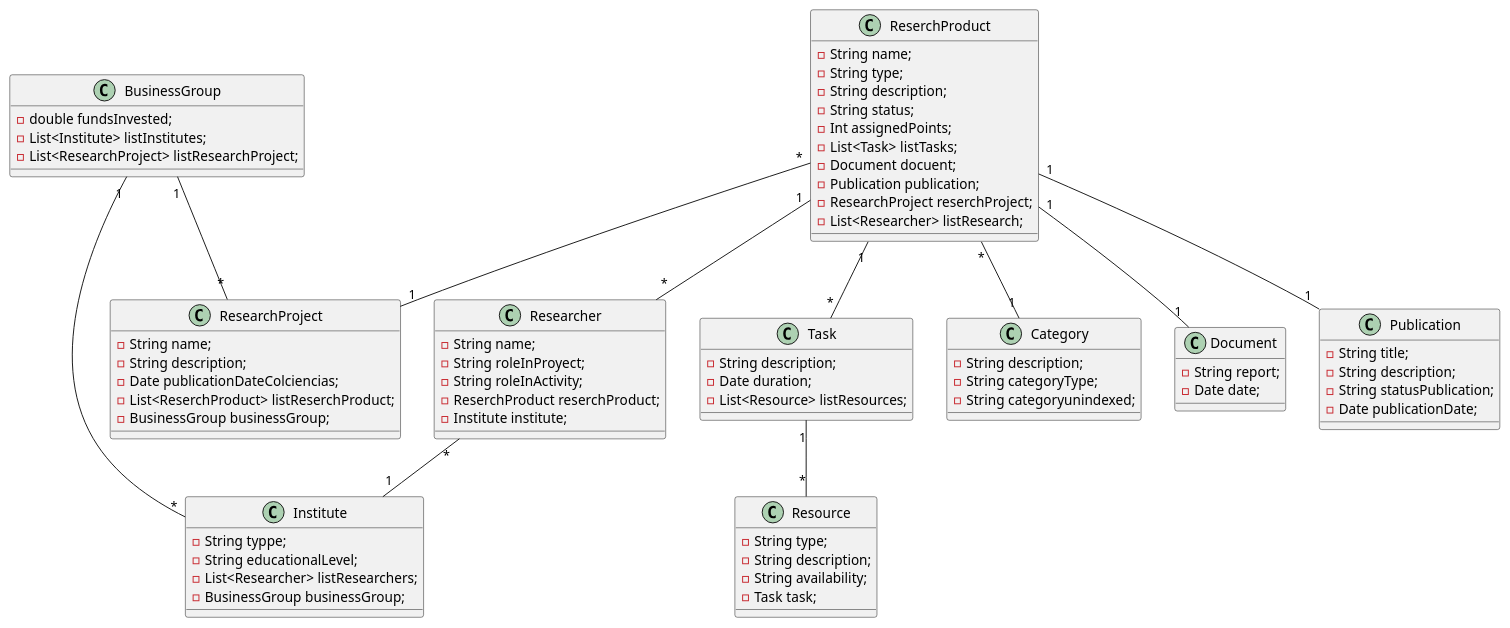
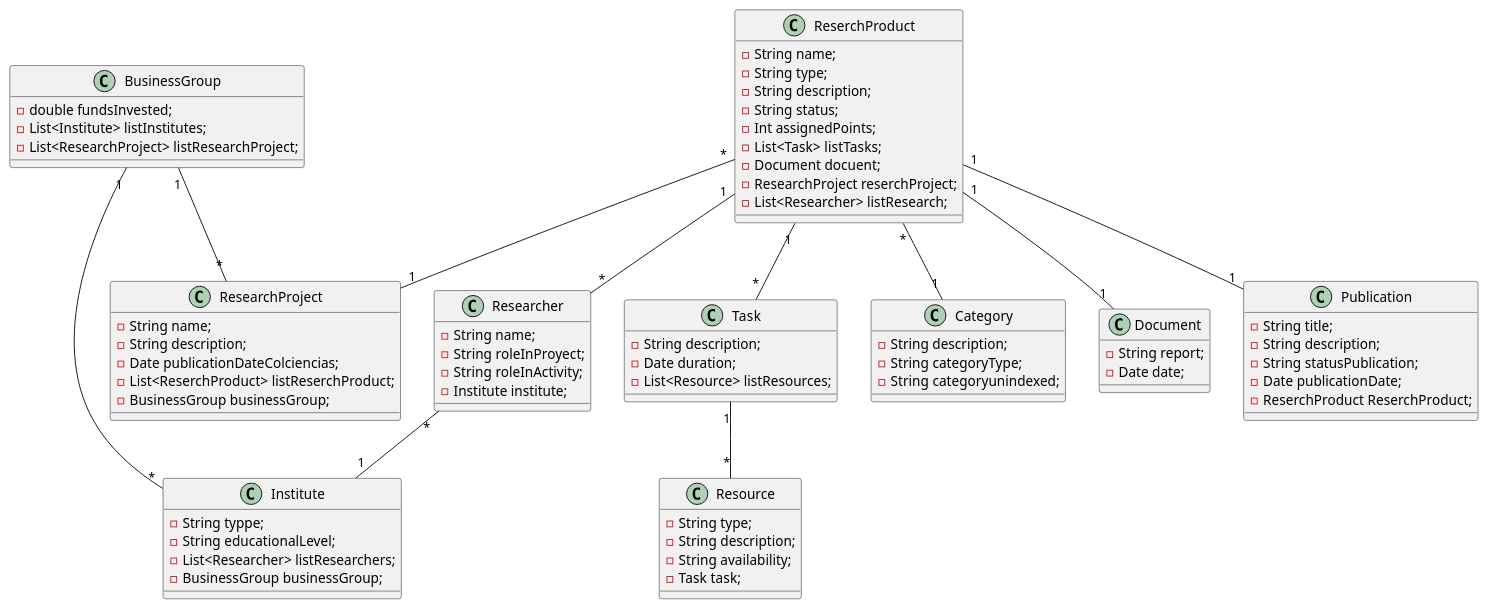
The diagram in diagrama.plantuml (Juan-J-Barraza/educacion_java), drawn with PlantUML before and after one commit. The commit also changed 6 other files, not shown here.

```diff
--- a/diagrama.plantuml
+++ b/diagrama.plantuml
@@ -1,96 +1,95 @@
 @startuml "ejercicio 30"
 
 class Institute{
     - String typpe;
     - String educationalLevel;
     - List<Researcher> listResearchers;
     - BusinessGroup businessGroup;
 }
 
 
 class BusinessGroup {
     - double fundsInvested;
     - List<Institute> listInstitutes;
     - List<ResearchProject> listResearchProject;
 }
 
 class ResearchProject {
     - String name;
     - String description;
     - Date publicationDateColciencias;
     - List<ReserchProduct> listReserchProduct;
     - BusinessGroup businessGroup;
 }
 
 class ReserchProduct {
     - String name;
     - String type;
     - String description;
     - String status;
     - Int assignedPoints;
     - List<Task> listTasks;
     - Document docuent;
-    - Publication publication;
     - ResearchProject reserchProject;
     - List<Researcher> listResearch;
 
 }
 
 class Researcher {
     - String name;
     - String roleInProyect;
     - String roleInActivity;
-    - ReserchProduct reserchProduct;
     - Institute institute;
 
 }
 
 class Task {
     - String description;
     - Date duration;
     - List<Resource> listResources;
 }
 
 class Resource {
     - String type;
     - String description;
     - String availability;
     - Task task;
 
 }
 
 class Category {
     - String description;
     - String categoryType;
     - String categoryunindexed;
 }
 
 class Document {
     - String report;
     - Date date;
 }
 
 class Publication {
     - String title;
     - String description;
     - String statusPublication;
     - Date publicationDate;
+    - ReserchProduct ReserchProduct;
 }
 
 
 
 
 Task "1" -- "*" Resource
 ReserchProduct "1" -- "*" Task
 ReserchProduct "1" -- "1" Document
 ReserchProduct "*" -- "1" Category
 ReserchProduct "1" -- "1" Publication
 ReserchProduct "*" -- "1" ResearchProject
 ReserchProduct "1" -- "*" Researcher
 Researcher "*" -- "1" Institute
 BusinessGroup "1" -- "*" Institute
 BusinessGroup "1" -- "*" ResearchProject
 
 
 
 @enduml
```
